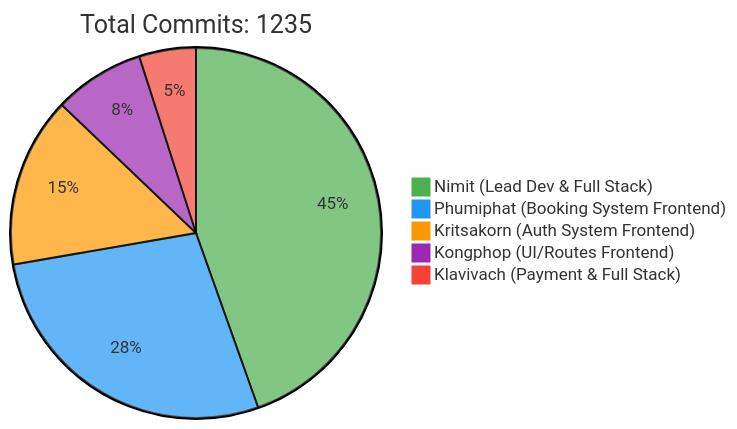
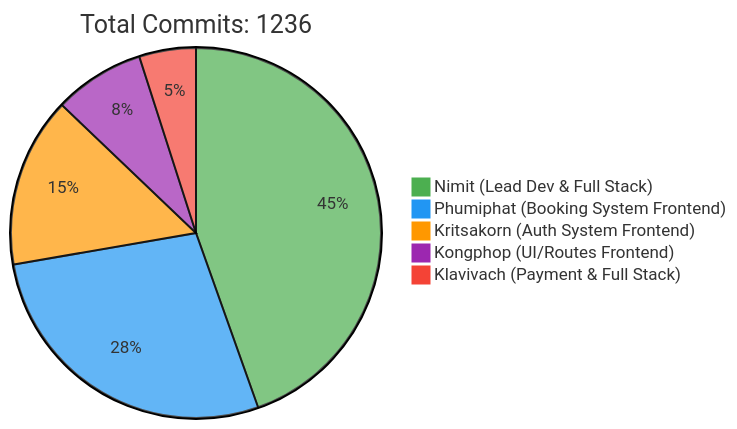
The first of 2 diagrams in README.md (6531503042/Sport-Complex), drawn with Mermaid before and after one commit. The commit also changed other lines of this file, not shown here.

Commit message:
docs: Update contributor statistics [skip ci]

````diff
--- a/README.md
+++ b/README.md
@@ -257,10 +257,10 @@
 ```mermaid
 %%{init: {'theme': 'base', 'themeVariables': { 'pie1': '#4CAF50', 'pie2': '#2196F3', 'pie3': '#FF9800', 'pie4': '#9C27B0', 'pie5': '#F44336'}}}%%
 pie
-    title Total Commits: 1235
+    title Total Commits: 1236
     "Nimit (Lead Dev & Full Stack)" : 450
     "Phumiphat (Booking System Frontend)" : 280
     "Kritsakorn (Auth System Frontend)" : 150
     "Kongphop (UI/Routes Frontend)" : 80
     "Klavivach (Payment & Full Stack)" : 50
 ```
````
